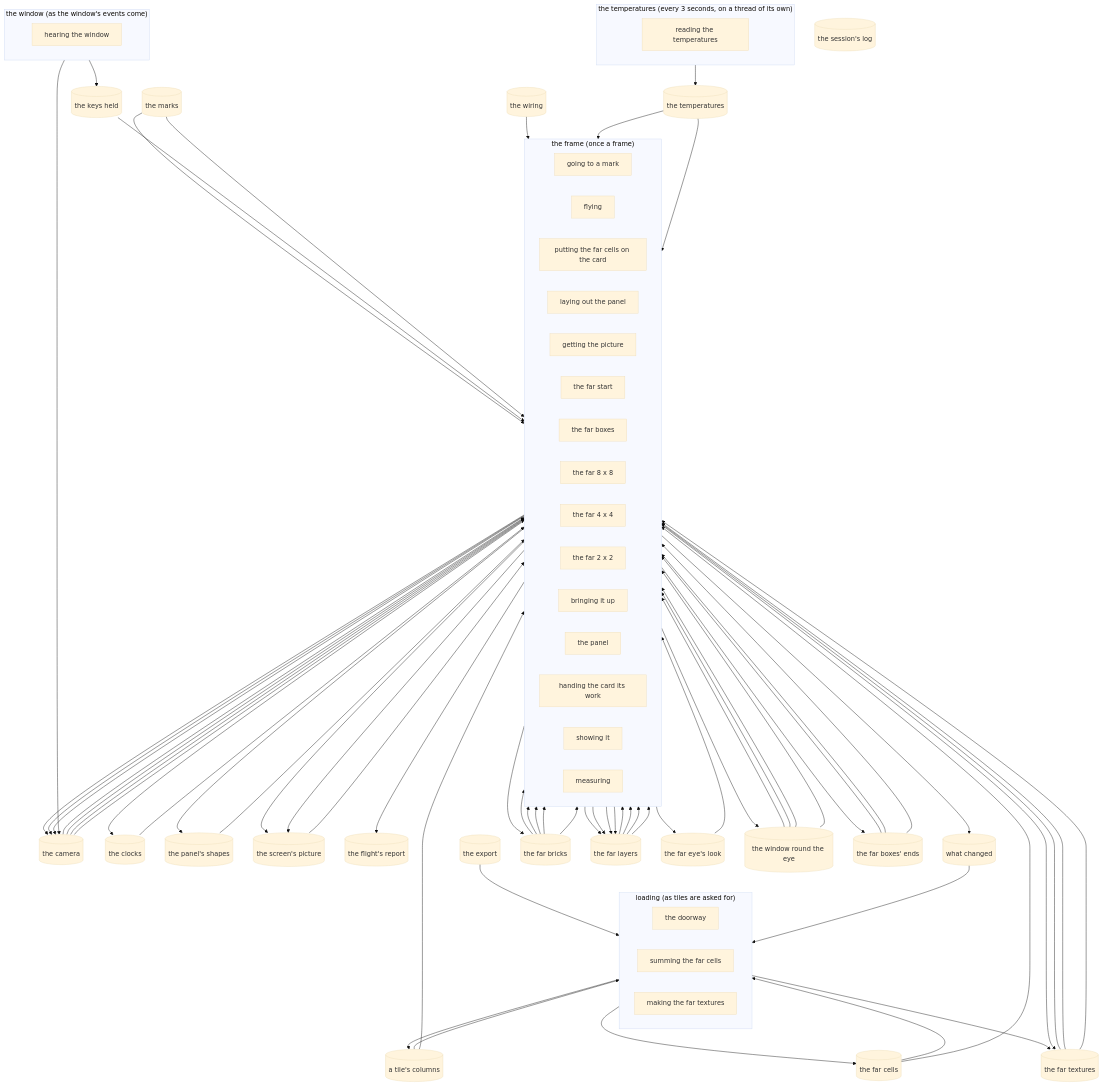
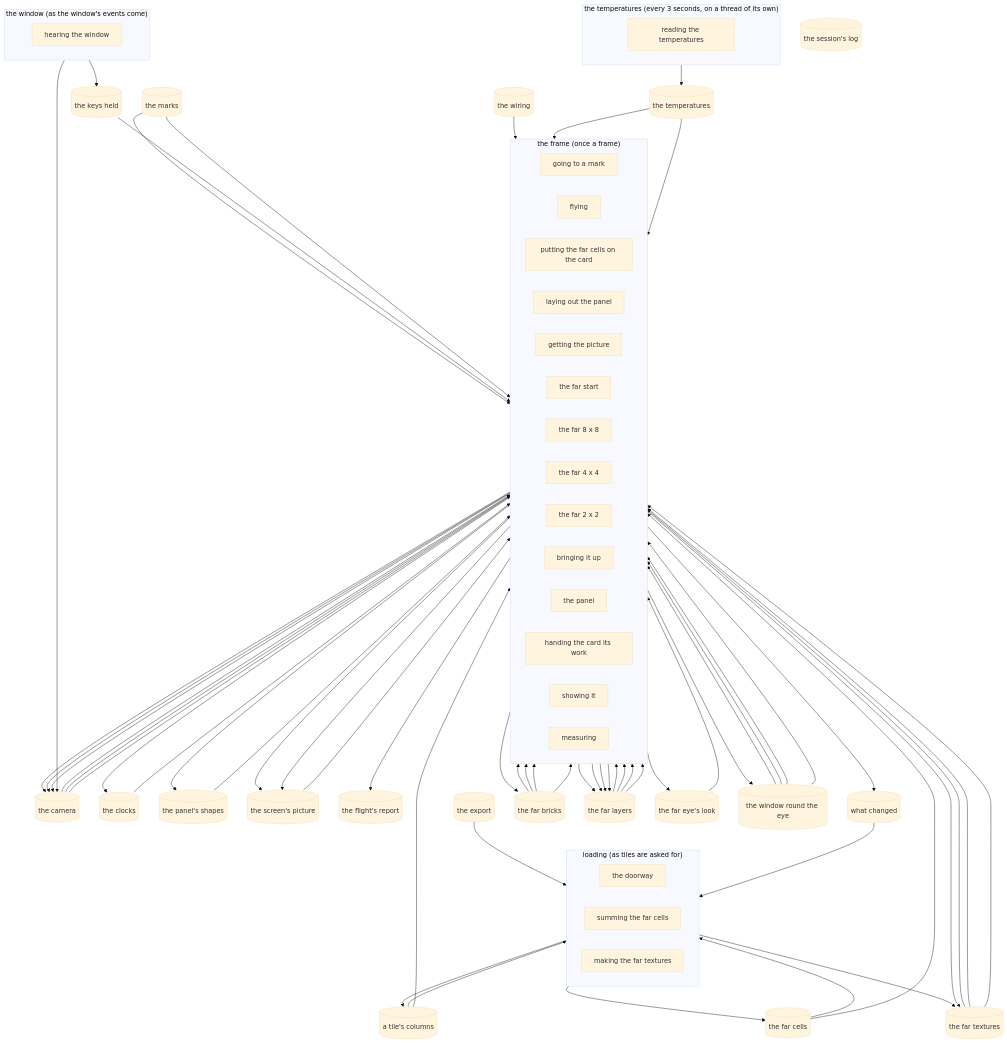
The diagram in master/map.md (david138collins/incus-artus), drawn with Mermaid (base theme) before and after one commit. The commit also changed other lines of this file and 7 other files, not shown here.

```diff
--- a/master/map.md
+++ b/master/map.md
@@ -22,7 +22,6 @@
     pass_laying_out_the_panel["laying out the panel"]
     pass_getting_the_picture["getting the picture"]
     pass_the_far_start["the far start"]
-    pass_the_far_boxes["the far boxes"]
     pass_the_far_8_x_8["the far 8 x 8"]
     pass_the_far_4_x_4["the far 4 x 4"]
     pass_the_far_2_x_2["the far 2 x 2"]
@@ -61,7 +60,6 @@
   store_the_far_textures[("the far textures")]
   store_the_window_round_the_eye[("the window round the eye")]
   store_the_temperatures[("the temperatures")]
-  store_the_far_boxes__ends[("the far boxes' ends")]
   pass_hearing_the_window --> store_the_keys_held
   pass_hearing_the_window --> store_the_camera
   store_the_marks --> pass_going_to_a_mark
@@ -87,25 +85,19 @@
   store_the_far_bricks --> pass_the_far_start
   store_the_far_eye_s_look --> pass_the_far_start
   pass_the_far_start --> store_the_far_layers
-  store_the_camera --> pass_the_far_boxes
-  store_the_far_bricks --> pass_the_far_boxes
-  pass_the_far_boxes --> store_the_far_boxes__ends
   store_the_far_bricks --> pass_the_far_8_x_8
   store_the_far_textures --> pass_the_far_8_x_8
   store_the_window_round_the_eye --> pass_the_far_8_x_8
-  store_the_far_boxes__ends --> pass_the_far_8_x_8
   store_the_far_layers --> pass_the_far_8_x_8
   pass_the_far_8_x_8 --> store_the_far_layers
   store_the_far_bricks --> pass_the_far_4_x_4
   store_the_far_textures --> pass_the_far_4_x_4
   store_the_window_round_the_eye --> pass_the_far_4_x_4
-  store_the_far_boxes__ends --> pass_the_far_4_x_4
   store_the_far_layers --> pass_the_far_4_x_4
   pass_the_far_4_x_4 --> store_the_far_layers
   store_the_far_bricks --> pass_the_far_2_x_2
   store_the_far_textures --> pass_the_far_2_x_2
   store_the_window_round_the_eye --> pass_the_far_2_x_2
-  store_the_far_boxes__ends --> pass_the_far_2_x_2
   store_the_far_layers --> pass_the_far_2_x_2
   pass_the_far_2_x_2 --> store_the_far_layers
   store_the_far_layers --> pass_bringing_it_up
```
